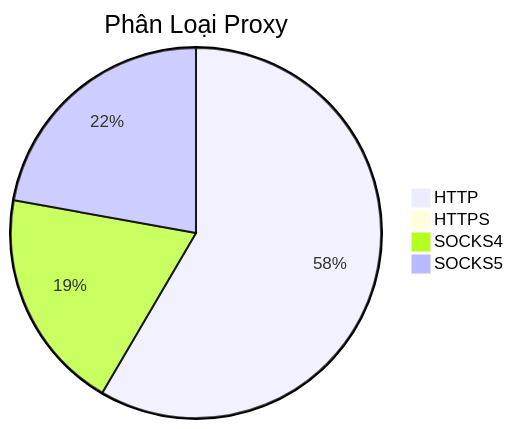
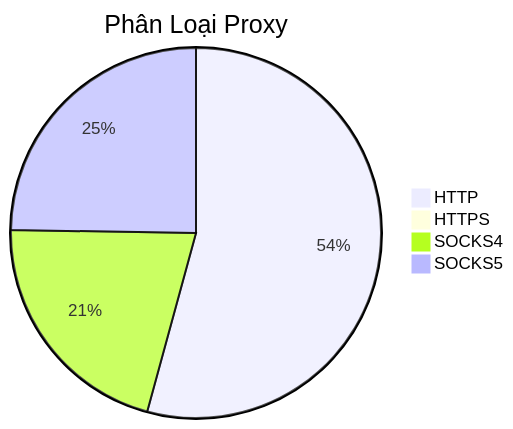
The diagram in README.md (Ciara-12/PROXY-free), drawn with Mermaid before and after one commit. The commit also changed other lines of this file and 4 other files, not shown here.

````diff
--- a/README.md
+++ b/README.md
@@ -26,7 +26,7 @@
 ```mermaid
 pie title Phân Loại Proxy
-    "HTTP" : 952
-    "HTTPS" : 2
-    "SOCKS4" : 316
-    "SOCKS5" : 361
+    "HTTP" : 741
+    "HTTPS" : 0
+    "SOCKS4" : 287
+    "SOCKS5" : 338
 ```
````
